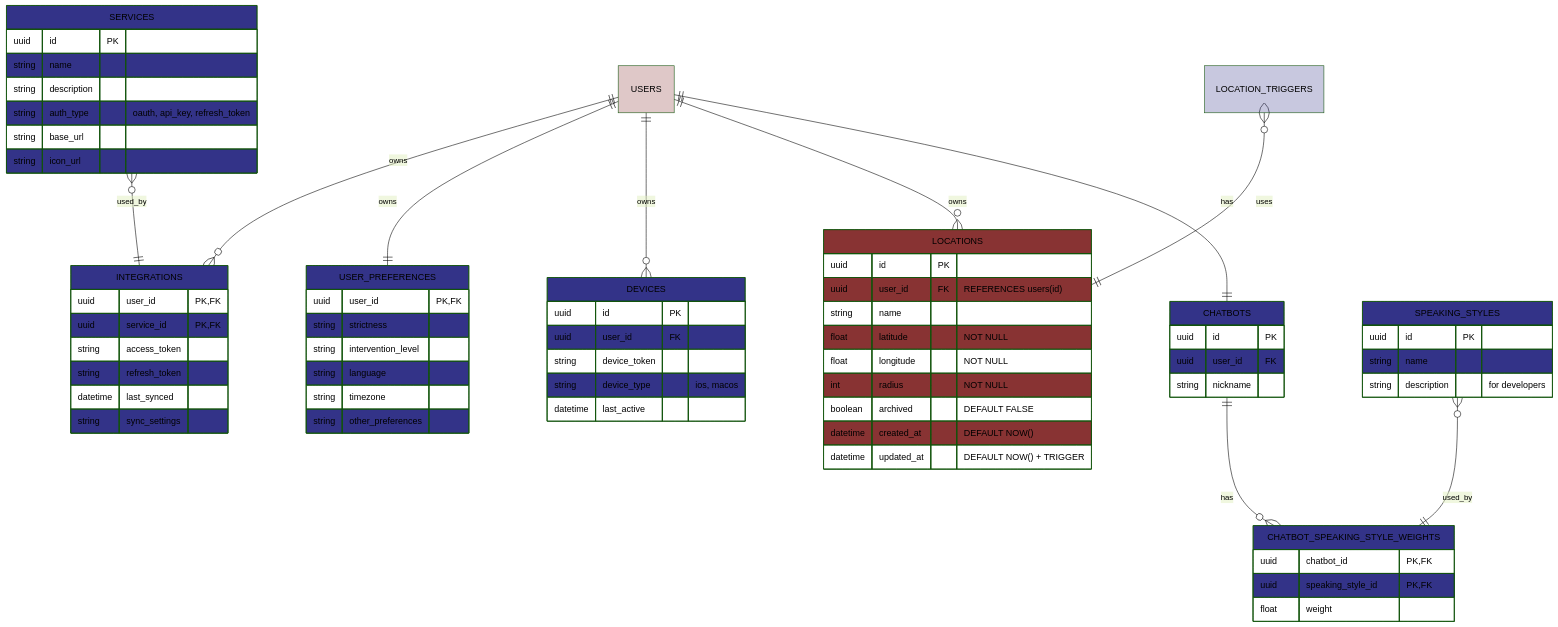
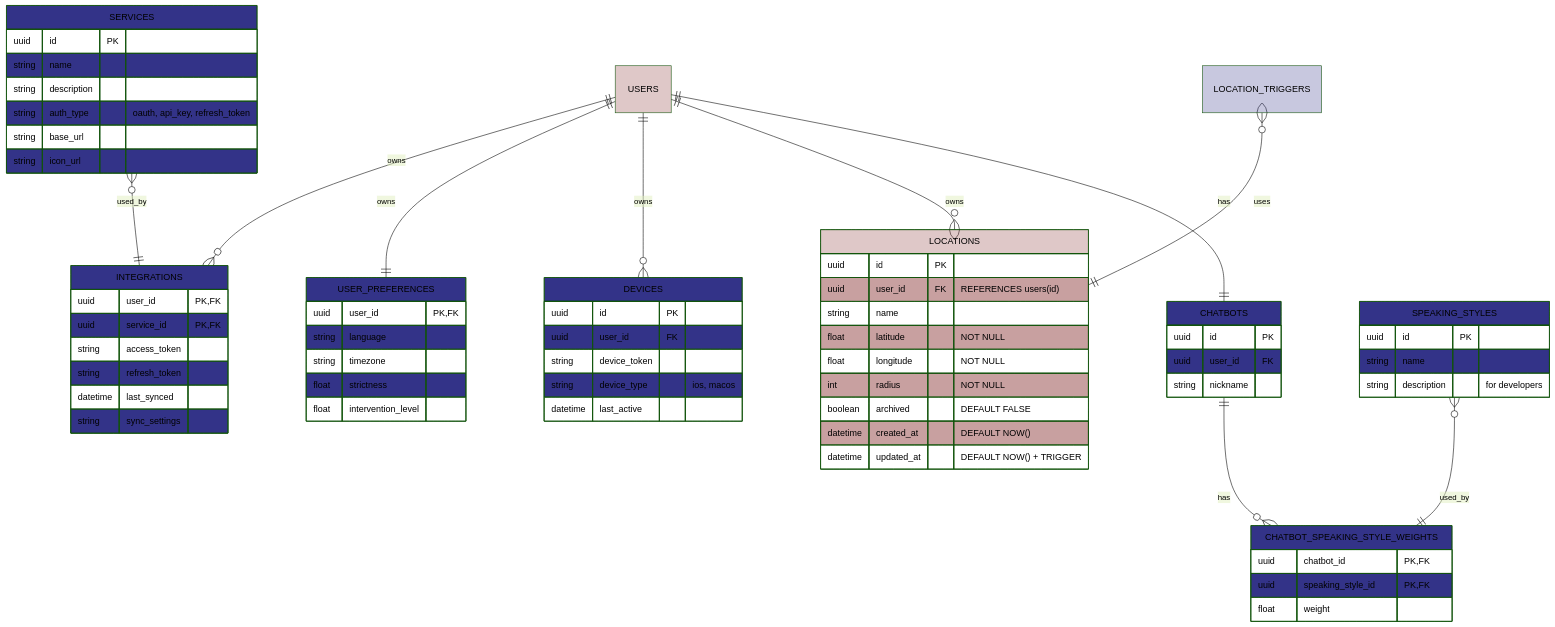
One commit to hadiahmad06/jiko changed the third of 4 diagrams in backend/docs/erdiagram.md. Above: the diagram before and after it, drawn with Mermaid (forest theme). The commit also changed other lines of this file and 42 other files, not shown here.

```diff
--- a/backend/docs/erdiagram.md
+++ b/backend/docs/erdiagram.md
@@ -149,11 +149,10 @@
 
     USER_PREFERENCES:::dynamodb_ {
         uuid user_id PK, FK
-        string strictness
-        string intervention_level
         string language
         string timezone
-        string other_preferences
+        float strictness
+        float intervention_level
     }
 
     SERVICES:::dynamodb_ {
@@ -174,7 +173,7 @@
         string sync_settings
     }
 
-    LOCATIONS:::postgres_ {
+    LOCATIONS:::postgres {
         uuid id PK
         uuid user_id FK "REFERENCES users(id)"
         string name
```
